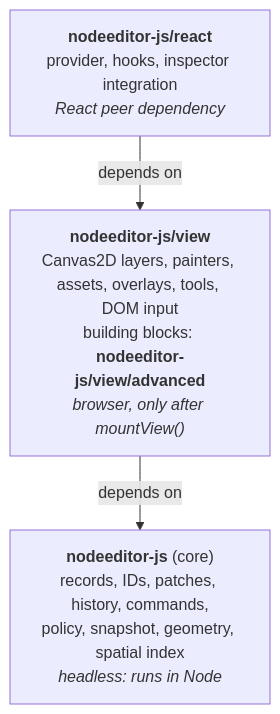
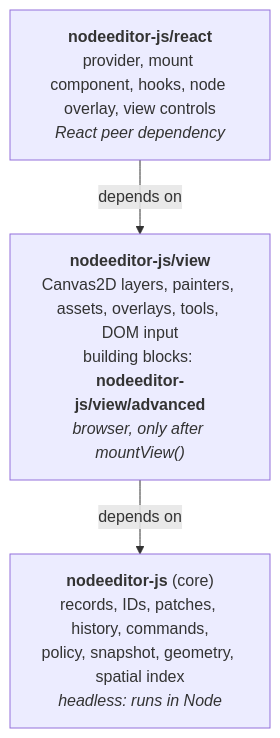
Before and after one commit to paceholder/nodeeditor-js: the first of 10 diagrams in docs/architecture.md, drawn with Mermaid. The commit also changed other lines of this file and 4 other files, not shown here.

First line of the commit message:
Write a guide to using the editor from React and update the README and architecture notes

````diff
--- a/docs/architecture.md
+++ b/docs/architecture.md
@@ -13,8 +13,8 @@
 ```mermaid
 flowchart TB
-  react["<b>nodeeditor-js/react</b><br/>provider, hooks, inspector integration<br/><i>React peer dependency</i>"]
+  react["<b>nodeeditor-js/react</b><br/>provider, mount component, hooks, node overlay, view controls<br/><i>React peer dependency</i>"]
   view["<b>nodeeditor-js/view</b><br/>Canvas2D layers, painters, assets, overlays, tools, DOM input<br/>building blocks: <b>nodeeditor-js/view/advanced</b><br/><i>browser, only after mountView()</i>"]
   core["<b>nodeeditor-js</b> (core)<br/>records, IDs, patches, history, commands,<br/>policy, snapshot, geometry, spatial index<br/><i>headless: runs in Node</i>"]
   react -- depends on --> view
   view -- depends on --> core
 ```
````
